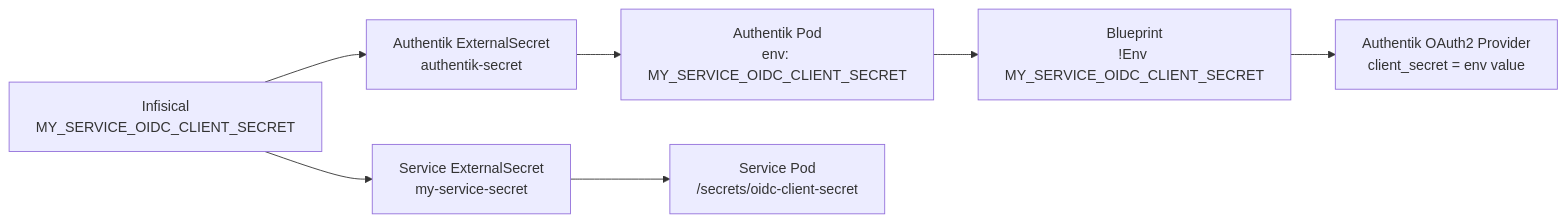
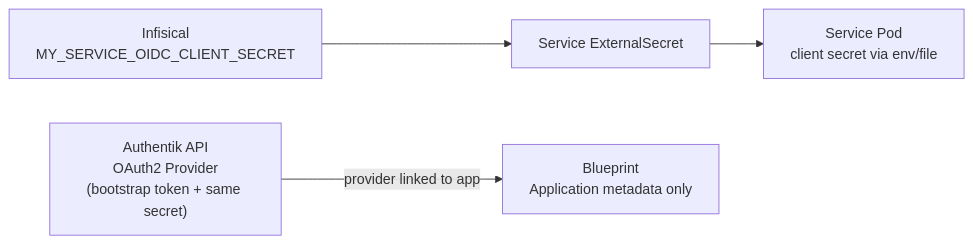
Before and after one commit to haingth77/homelab: the second of 2 diagrams in k8s/apps/authentik/README.md, drawn with Mermaid. The commit also changed other lines of this file and 4 other files, not shown here.

First line of the commit message:
fix: use Authentik API for OIDC provider creation, remove broken blueprint (#86) (#97)

````diff
--- a/k8s/apps/authentik/README.md
+++ b/k8s/apps/authentik/README.md
@@ -166,13 +167,11 @@
 ```mermaid
 flowchart LR
     Infisical["Infisical\nMY_SERVICE_OIDC_CLIENT_SECRET"]
-    AuthentikES["Authentik ExternalSecret\nauthentik-secret"]
-    ServiceES["Service ExternalSecret\nmy-service-secret"]
-    AuthentikPod["Authentik Pod\nenv: MY_SERVICE_OIDC_CLIENT_SECRET"]
-    Blueprint["Blueprint\n!Env MY_SERVICE_OIDC_CLIENT_SECRET"]
-    Provider["Authentik OAuth2 Provider\nclient_secret = env value"]
-    ServicePod["Service Pod\n/secrets/oidc-client-secret"]
+    ServiceES["Service ExternalSecret"]
+    ServicePod["Service Pod\nclient secret via env/file"]
+    API["Authentik API\nOAuth2 Provider\n(bootstrap token + same secret)"]
+    Blueprint["Blueprint\nApplication metadata only"]
 
-    Infisical --> AuthentikES --> AuthentikPod --> Blueprint --> Provider
     Infisical --> ServiceES --> ServicePod
+    API -- "provider linked to app" --> Blueprint
 ```
````
